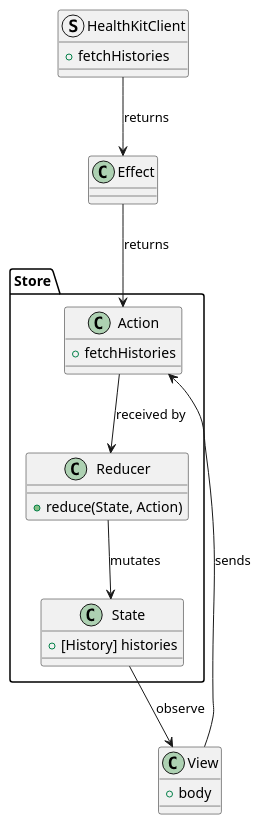
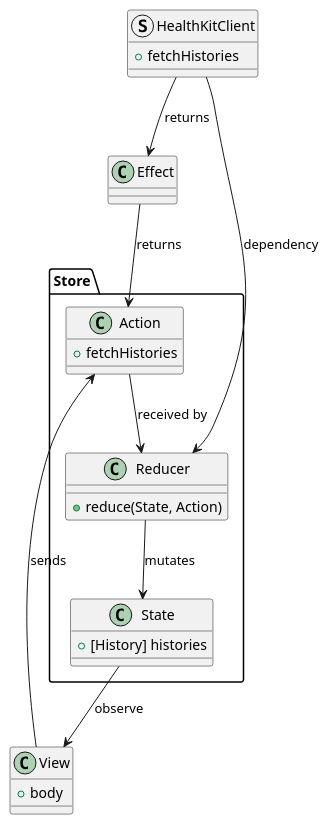
One commit to gaeng2y/Valut changed the diagram in iOS/F-lab 멘토링/TCA 구조.md. Above: the diagram before and after it, drawn with PlantUML. The commit also changed 1 other file, not shown here.

Commit message:
vault backup: 2024-08-28 23:14:33

````diff
--- a/iOS/F-lab 멘토링/TCA 구조.md
+++ b/iOS/F-lab 멘토링/TCA 구조.md
@@ -42,34 +42,35 @@
 ```plantUML
 @startuml
 package "Store" {
     class Action {
         +fetchHistories
     }
 
     class Reducer {
         +reduce(State, Action)
     }
 
     class State {
         +[History] histories
     }
 }
 
 class View {
         +body
     }
     
 struct HealthKitClient {
    +fetchHistories
 }
     
     View --> Action : sends
     Action --> Reducer : received by
     Reducer --> State : mutates
     State --> View : observe
     Effect --> Action : returns
     HealthKitClient --> Effect : returns
+	HealthKitClient --> Reducer : dependency
 }
 
 @enduml
 ```
````
